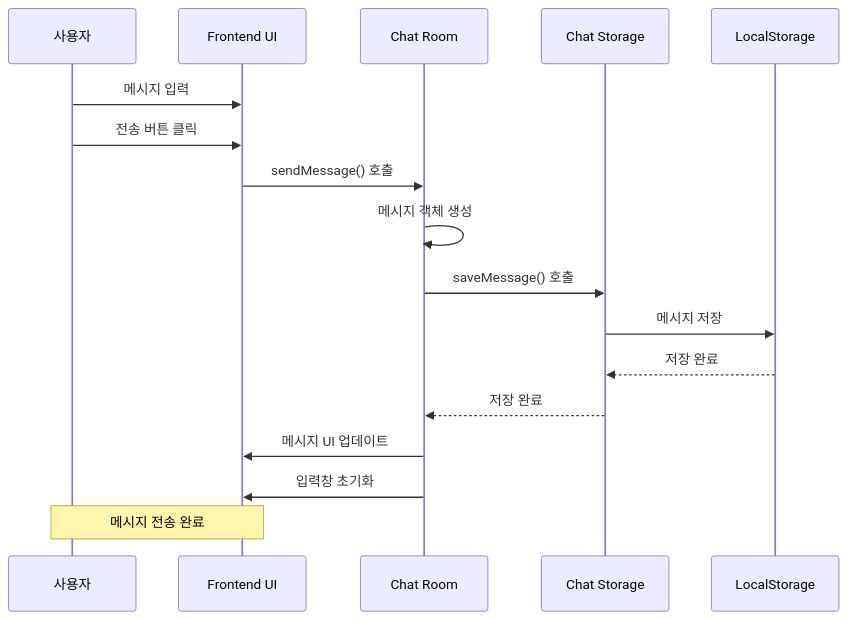
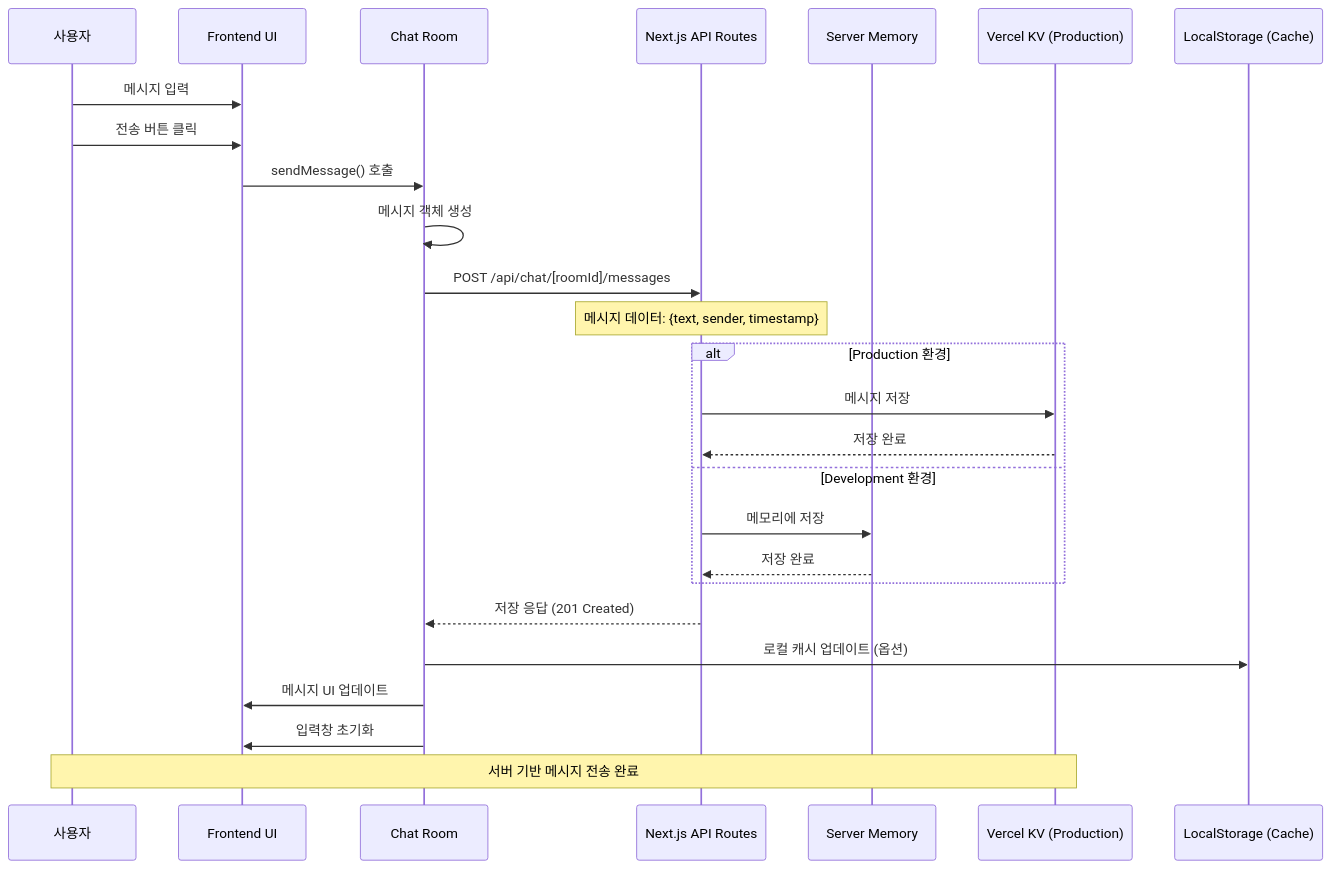
Diagram 11 of 24 in docs/system-flow-diagrams.md (blockbit-hama/TalkTalk), drawn with Mermaid before and after one commit. The commit also changed other lines of this file, not shown here.

First line of the commit message:
docs: system-flow-diagrams.md 전체 시스템 아키텍처 추가

````diff
--- a/docs/system-flow-diagrams.md
+++ b/docs/system-flow-diagrams.md
@@ -382,24 +502,35 @@
 ```mermaid
 sequenceDiagram
     participant U as 사용자
     participant UI as Frontend UI
     participant CR as Chat Room
-    participant CS as Chat Storage
-    participant LS as LocalStorage
+    participant API as Next.js API Routes
+    participant MEM as Server Memory
+    participant KV as Vercel KV (Production)
+    participant LS as LocalStorage (Cache)
 
     U->>UI: 메시지 입력
     U->>UI: 전송 버튼 클릭
-    
+
     UI->>CR: sendMessage() 호출
     CR->>CR: 메시지 객체 생성
-    
-    CR->>CS: saveMessage() 호출
-    CS->>LS: 메시지 저장
-    LS-->>CS: 저장 완료
-    CS-->>CR: 저장 완료
-    
+
+    CR->>API: POST /api/chat/[roomId]/messages
+    Note over API: 메시지 데이터: {text, sender, timestamp}
+
+    alt Production 환경
+        API->>KV: 메시지 저장
+        KV-->>API: 저장 완료
+    else Development 환경
+        API->>MEM: 메모리에 저장
+        MEM-->>API: 저장 완료
+    end
+
+    API-->>CR: 저장 응답 (201 Created)
+
+    CR->>LS: 로컬 캐시 업데이트 (옵션)
     CR->>UI: 메시지 UI 업데이트
     CR->>UI: 입력창 초기화
-    
-    Note over U,UI: 메시지 전송 완료
+
+    Note over U,KV: 서버 기반 메시지 전송 완료
 ```
````
